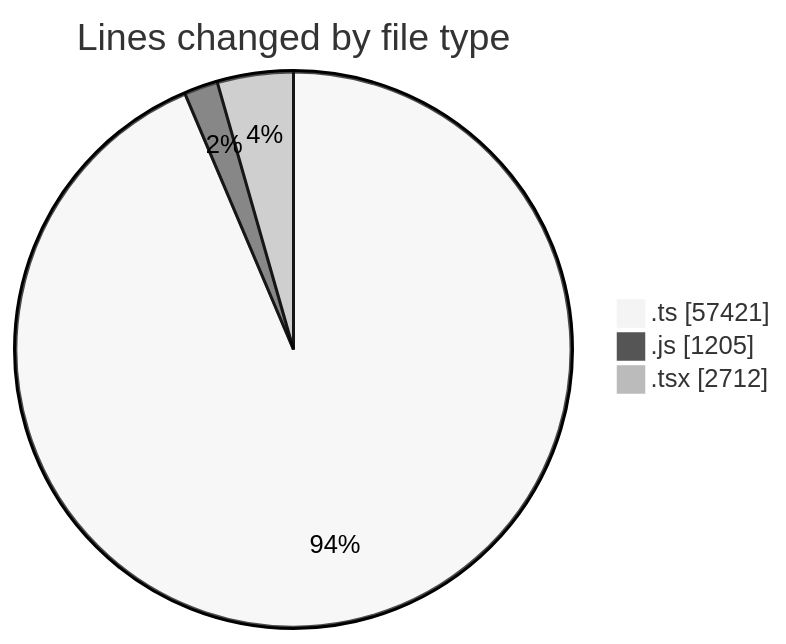
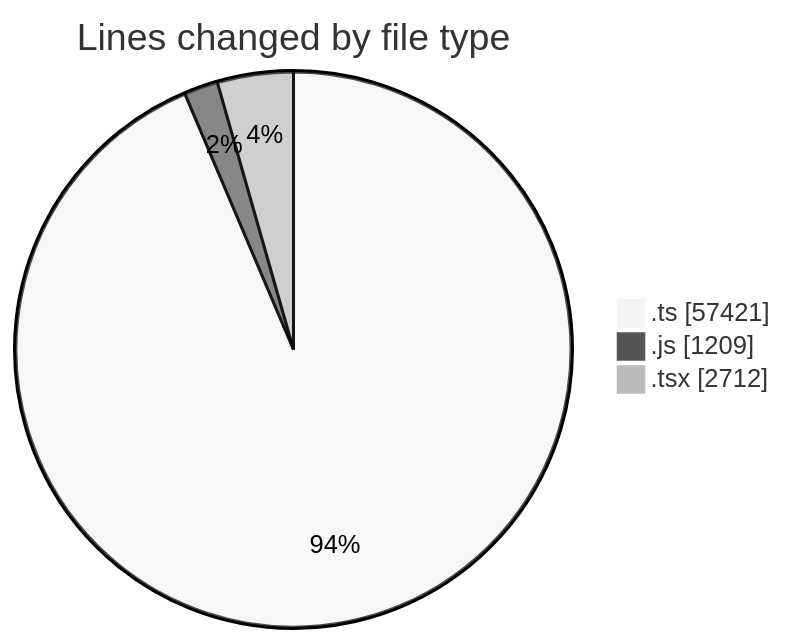
The first of 2 diagrams in 2026-11-03/cda/README.md (momahboobian/code-tracking), drawn with Mermaid (neutral theme) before and after one commit. The commit also changed other lines of this file and 1 other file, not shown here.

````diff
--- a/2026-11-03/cda/README.md
+++ b/2026-11-03/cda/README.md
@@ -51,7 +51,7 @@
 ```mermaid
 pie showData
 title Lines changed by file type
 ".ts" : 57421
-".js" : 1205
+".js" : 1209
 ".tsx" : 2712
 ```
````
